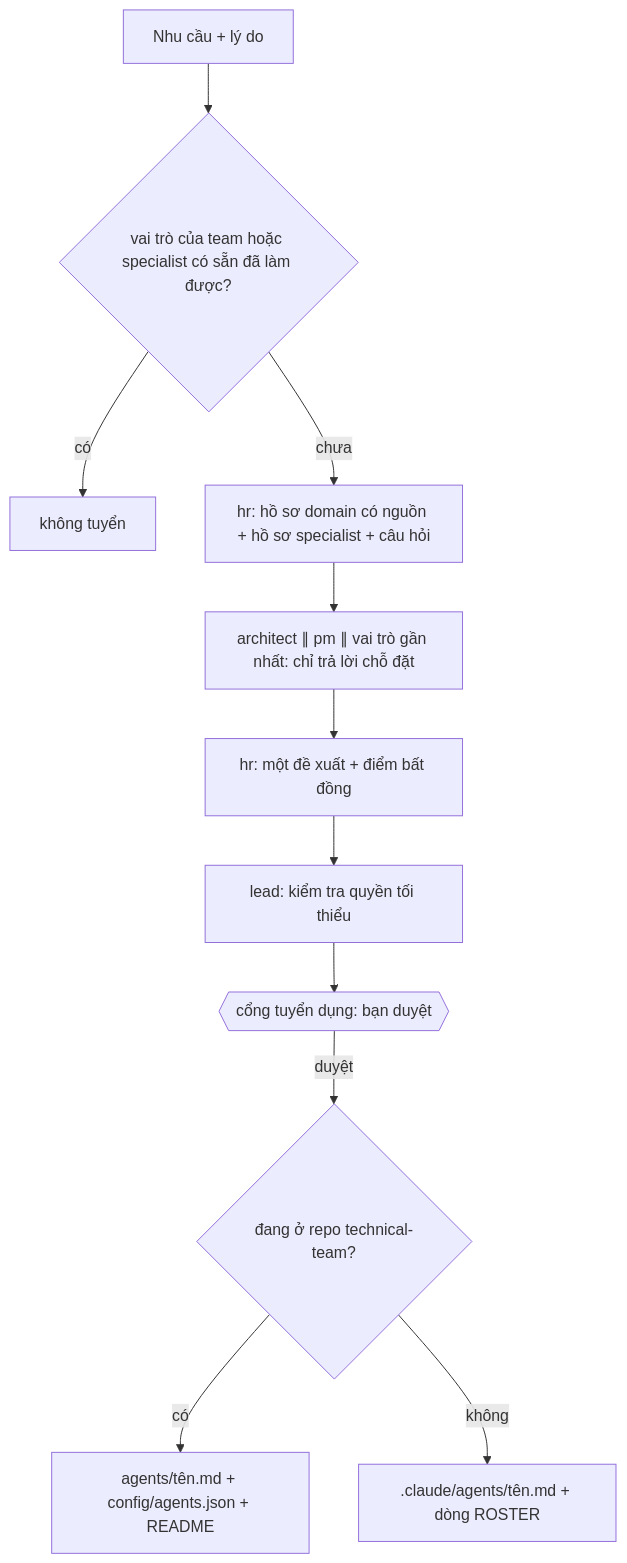
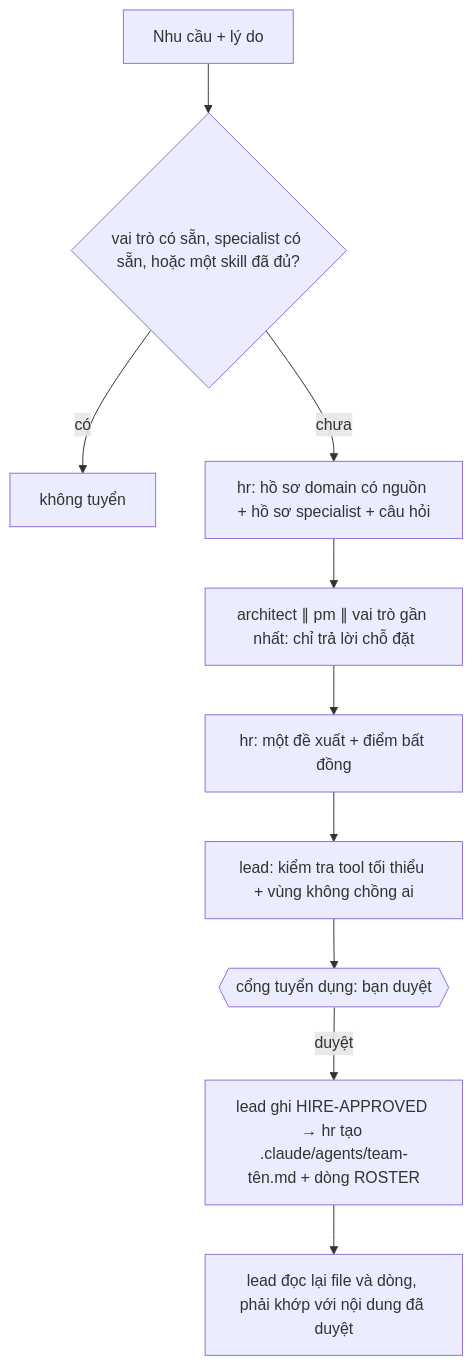
One commit to Tuan-Quyen/technical-teams changed the fourth of 4 diagrams in README.md. Above: the diagram before and after it, drawn with Mermaid. The commit also changed other lines of this file and 48 other files, not shown here.

First line of the commit message:
Remove hooks; team-* agents with one owner per area and per-agent project skills

````diff
--- a/README.md
+++ b/README.md
@@ -457,13 +423,12 @@
 ```mermaid
 flowchart TD
-  A[Nhu cầu + lý do] --> B{vai trò của team hoặc specialist có sẵn đã làm được?}
+  A[Nhu cầu + lý do] --> B{vai trò có sẵn, specialist có sẵn, hoặc một skill đã đủ?}
   B -- có --> N[không tuyển]
   B -- chưa --> C[hr: hồ sơ domain có nguồn + hồ sơ specialist + câu hỏi]
   C --> D[architect ∥ pm ∥ vai trò gần nhất: chỉ trả lời chỗ đặt]
   D --> E[hr: một đề xuất + điểm bất đồng]
-  E --> F[lead: kiểm tra quyền tối thiểu]
+  E --> F[lead: kiểm tra tool tối thiểu + vùng không chồng ai]
   F --> G{{cổng tuyển dụng: bạn duyệt}}
-  G -- duyệt --> H{đang ở repo technical-team?}
-  H -- có --> I[agents/tên.md + config/agents.json + README]
-  H -- không --> J[.claude/agents/tên.md + dòng ROSTER]
+  G -- duyệt --> H[lead ghi HIRE-APPROVED → hr tạo .claude/agents/team-tên.md + dòng ROSTER]
+  H --> V[lead đọc lại file và dòng, phải khớp với nội dung đã duyệt]
 ```
````
